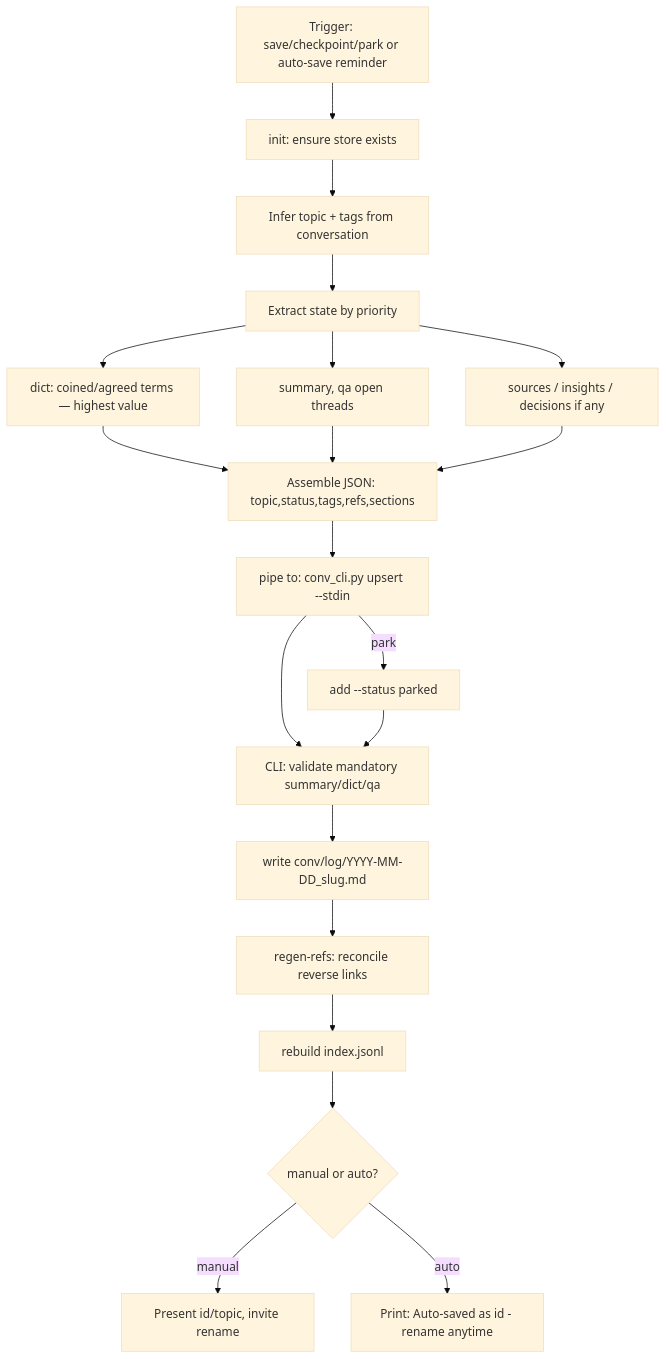
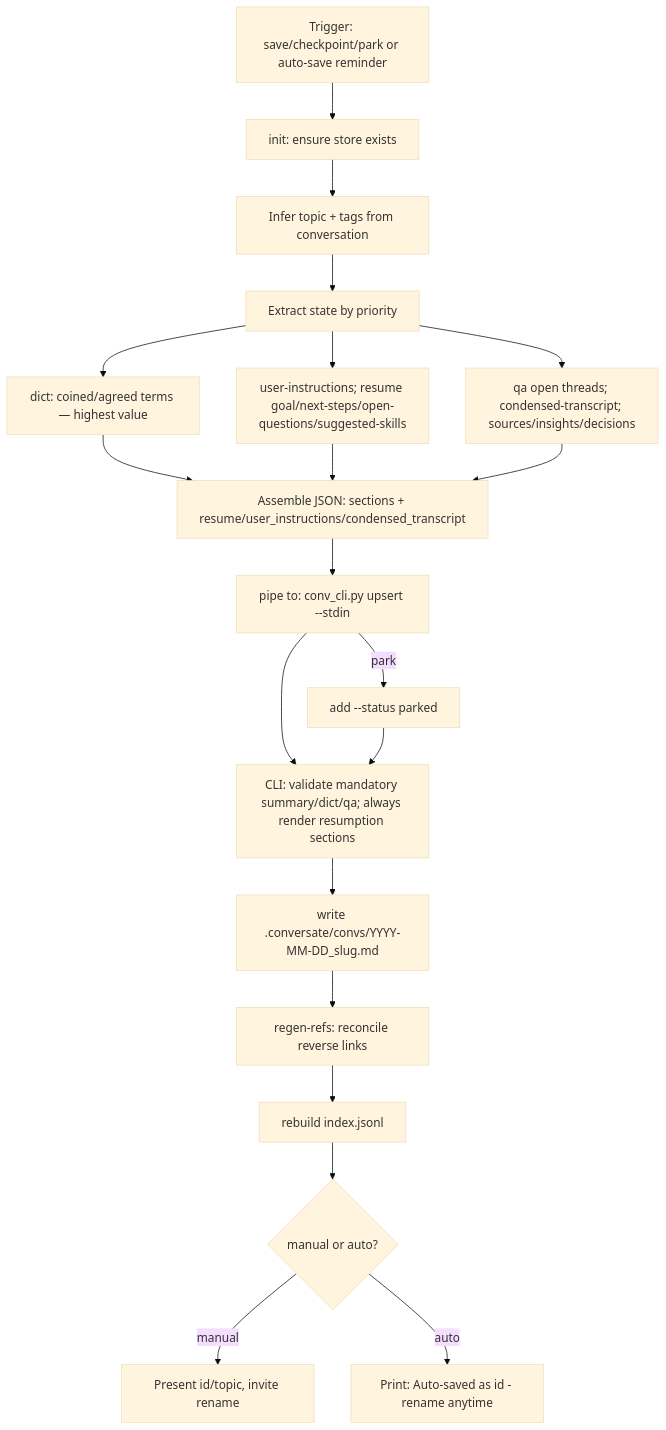
One commit to egoisth777/relay changed the third of 10 diagrams in .arca/space/conversate-sp/what/flows.md. Above: the diagram before and after it, drawn with Mermaid (base theme). The commit also changed other lines of this file and 34 other files, not shown here.

````diff
--- a/.arca/space/conversate-sp/what/flows.md
+++ b/.arca/space/conversate-sp/what/flows.md
@@ -56,22 +56,22 @@
 ```mermaid
 flowchart TD
     A[Trigger: save/checkpoint/park or auto-save reminder] --> B[init: ensure store exists]
     B --> C[Infer topic + tags from conversation]
     C --> D[Extract state by priority]
     D --> D1[dict: coined/agreed terms — highest value]
-    D --> D2[summary, qa open threads]
-    D --> D3[sources / insights / decisions if any]
-    D1 --> E[Assemble JSON: topic,status,tags,refs,sections]
+    D --> D2[user-instructions; resume goal/next-steps/open-questions/suggested-skills]
+    D --> D3[qa open threads; condensed-transcript; sources/insights/decisions]
+    D1 --> E[Assemble JSON: sections + resume/user_instructions/condensed_transcript]
     D2 --> E
     D3 --> E
     E --> F[pipe to: conv_cli.py upsert --stdin]
     F -->|park| F2[add --status parked]
-    F --> G[CLI: validate mandatory summary/dict/qa]
+    F --> G[CLI: validate mandatory summary/dict/qa; always render resumption sections]
     F2 --> G
-    G --> H[write conv/log/YYYY-MM-DD_slug.md]
+    G --> H[write .conversate/convs/YYYY-MM-DD_slug.md]
     H --> I[regen-refs: reconcile reverse links]
     I --> J[rebuild index.jsonl]
     J --> K{manual or auto?}
     K -->|manual| L[Present id/topic, invite rename]
     K -->|auto| M[Print: Auto-saved as id - rename anytime]
 ```
````
